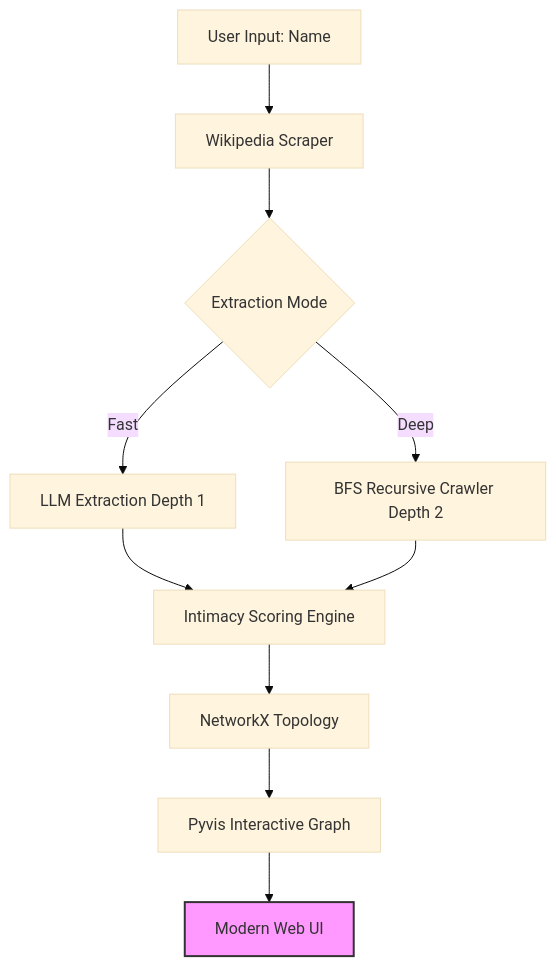
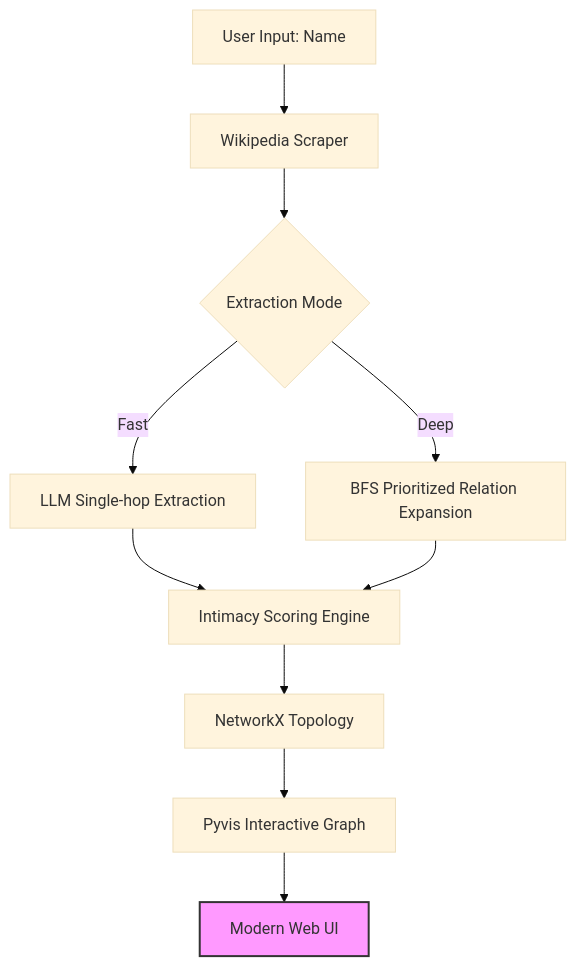
One commit to zytjmy1/CelebrityRelationsGraph changed the second of 2 diagrams in README.md. Above: the diagram before and after it, drawn with Mermaid (base theme). The commit also changed other lines of this file and 6 other files, not shown here.

Commit message:
Improve relationship graph experience

````diff
--- a/README.md
+++ b/README.md
@@ -107,13 +111,13 @@
 ```mermaid
 graph TD
     A[User Input: Name] --> B[Wikipedia Scraper]
     B --> C{Extraction Mode}
-    C -- Fast --> D[LLM Extraction Depth 1]
-    C -- Deep --> E[BFS Recursive Crawler Depth 2]
+    C -- Fast --> D[LLM Single-hop Extraction]
+    C -- Deep --> E[BFS Prioritized Relation Expansion]
     D --> F[Intimacy Scoring Engine]
     E --> F
     F --> G[NetworkX Topology]
     G --> H[Pyvis Interactive Graph]
     H --> I[Modern Web UI]
     style I fill:#f9f,stroke:#333,stroke-width:2px
 ```
````
